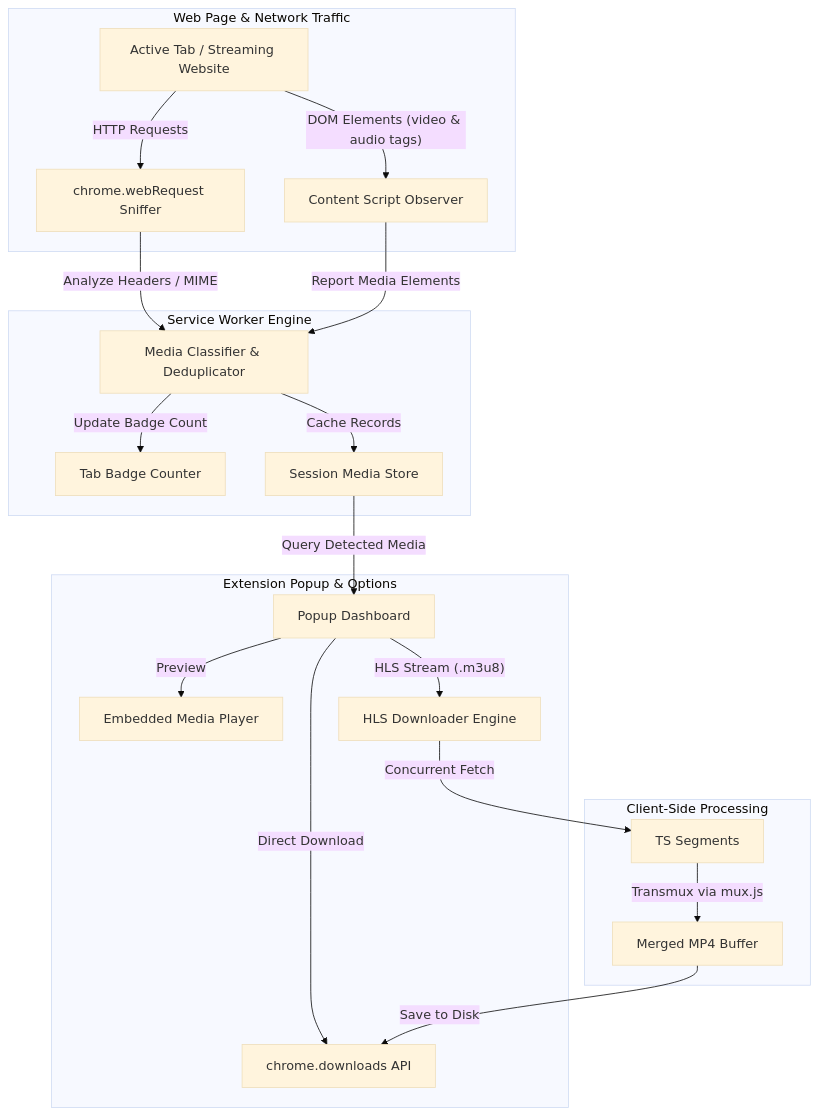
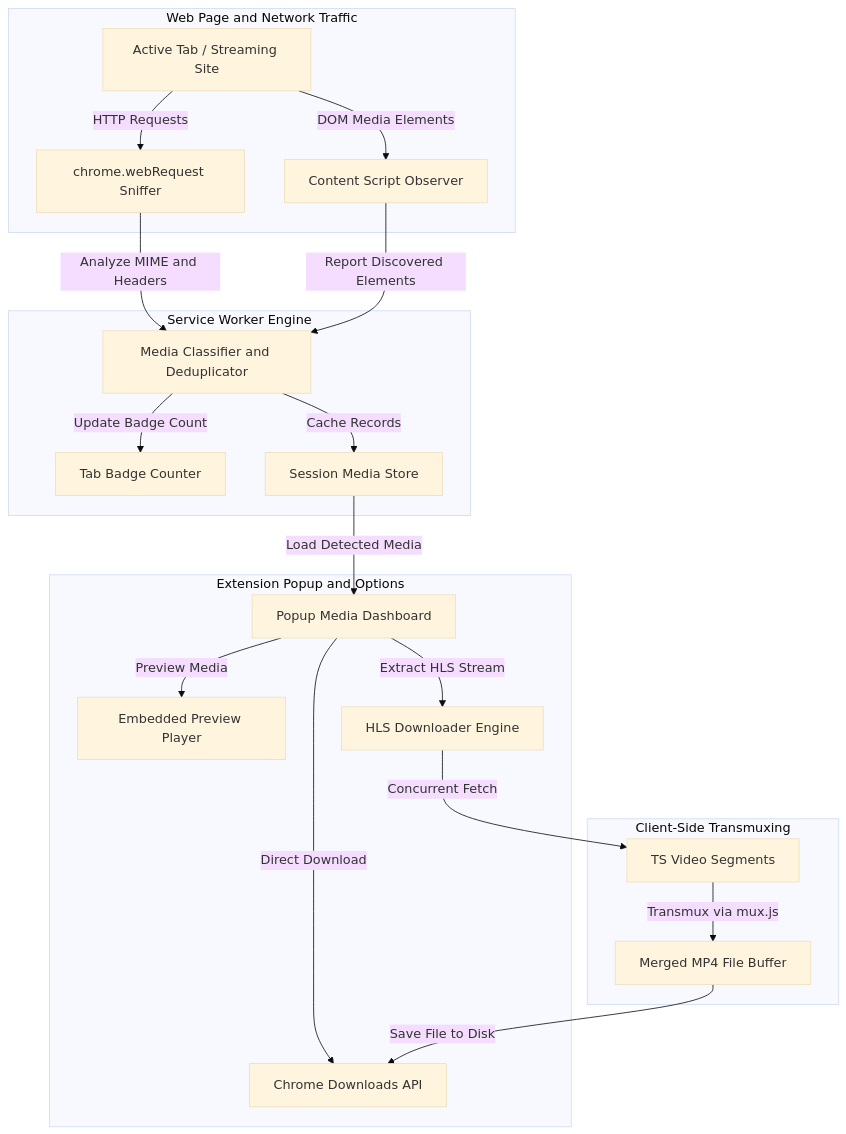
The diagram in README.md (Cathhdyy/Web-Video-Downloader-Extenstion), drawn with Mermaid (base theme) before and after one commit.

Commit message:
docs: restructure Mermaid diagram to eliminate subgraph cross-nesting errors

````diff
--- a/README.md
+++ b/README.md
@@ -79,27 +79,40 @@
 ```mermaid
 flowchart TD
-    subgraph Browser ["Web Page & Network Traffic"]
-        A["Active Tab / Streaming Website"] -->|"HTTP Requests"| B["chrome.webRequest Sniffer"]
-        A -->|"DOM Elements (video & audio tags)"| C["Content Script Observer"]
+    subgraph Browser [Web Page and Network Traffic]
+        A[Active Tab / Streaming Site]
+        B[chrome.webRequest Sniffer]
+        C[Content Script Observer]
     end
 
-    subgraph Background ["Service Worker Engine"]
-        B -->|"Analyze Headers / MIME"| D["Media Classifier & Deduplicator"]
-        C -->|"Report Media Elements"| D
-        D -->|"Update Badge Count"| E["Tab Badge Counter"]
-        D -->|"Cache Records"| F["Session Media Store"]
+    subgraph Background [Service Worker Engine]
+        D[Media Classifier and Deduplicator]
+        E[Tab Badge Counter]
+        F[Session Media Store]
     end
 
-    subgraph UI ["Extension Popup & Options"]
-        F -->|"Query Detected Media"| G["Popup Dashboard"]
-        G -->|"Preview"| H["Embedded Media Player"]
-        G -->|"Direct Download"| I["chrome.downloads API"]
-        G -->|"HLS Stream (.m3u8)"| J["HLS Downloader Engine"]
+    subgraph PopupUI [Extension Popup and Options]
+        G[Popup Media Dashboard]
+        H[Embedded Preview Player]
+        I[Chrome Downloads API]
+        J[HLS Downloader Engine]
     end
 
-    subgraph Transmuxer ["Client-Side Processing"]
-        J -->|"Concurrent Fetch"| K["TS Segments"]
-        K -->|"Transmux via mux.js"| L["Merged MP4 Buffer"]
-        L -->|"Save to Disk"| I
+    subgraph Transmuxer [Client-Side Transmuxing]
+        K[TS Video Segments]
+        L[Merged MP4 File Buffer]
     end
+
+    A -->|HTTP Requests| B
+    A -->|DOM Media Elements| C
+    B -->|Analyze MIME and Headers| D
+    C -->|Report Discovered Elements| D
+    D -->|Update Badge Count| E
+    D -->|Cache Records| F
+    F -->|Load Detected Media| G
+    G -->|Preview Media| H
+    G -->|Direct Download| I
+    G -->|Extract HLS Stream| J
+    J -->|Concurrent Fetch| K
+    K -->|Transmux via mux.js| L
+    L -->|Save File to Disk| I
 ```
````
